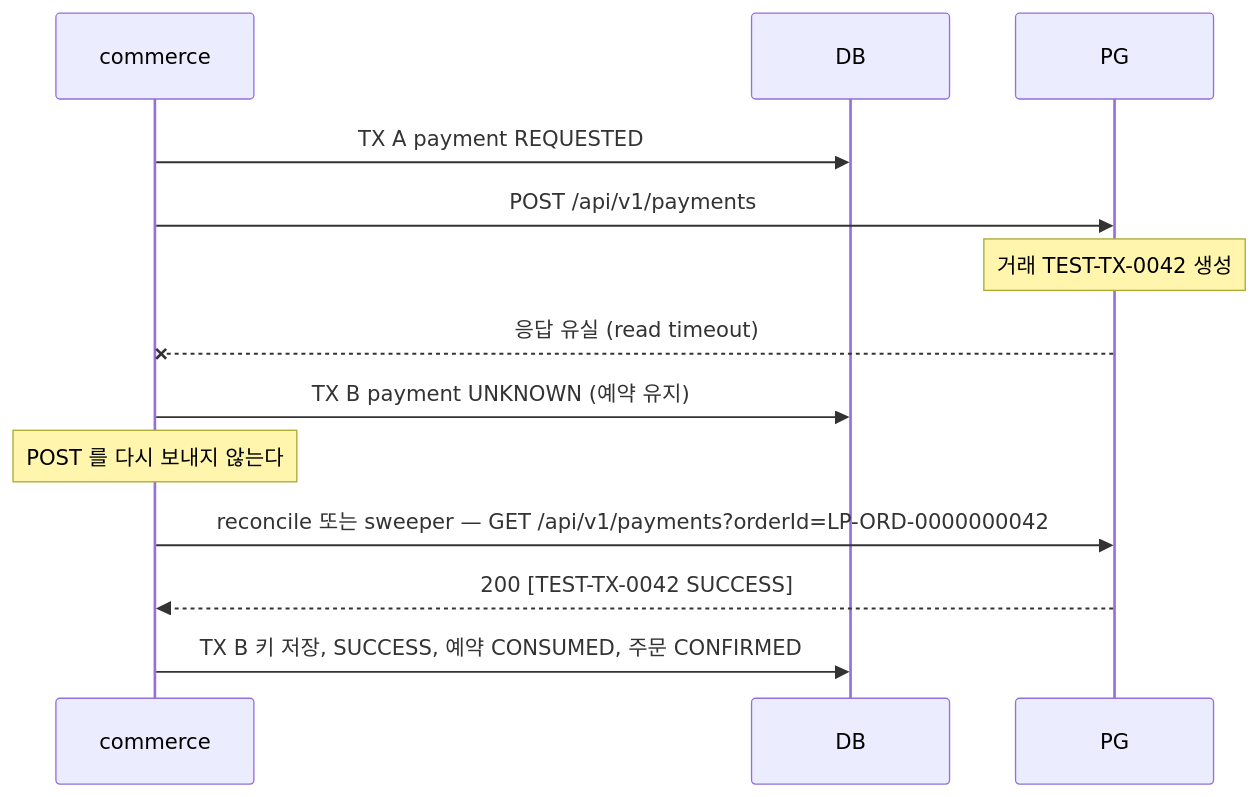
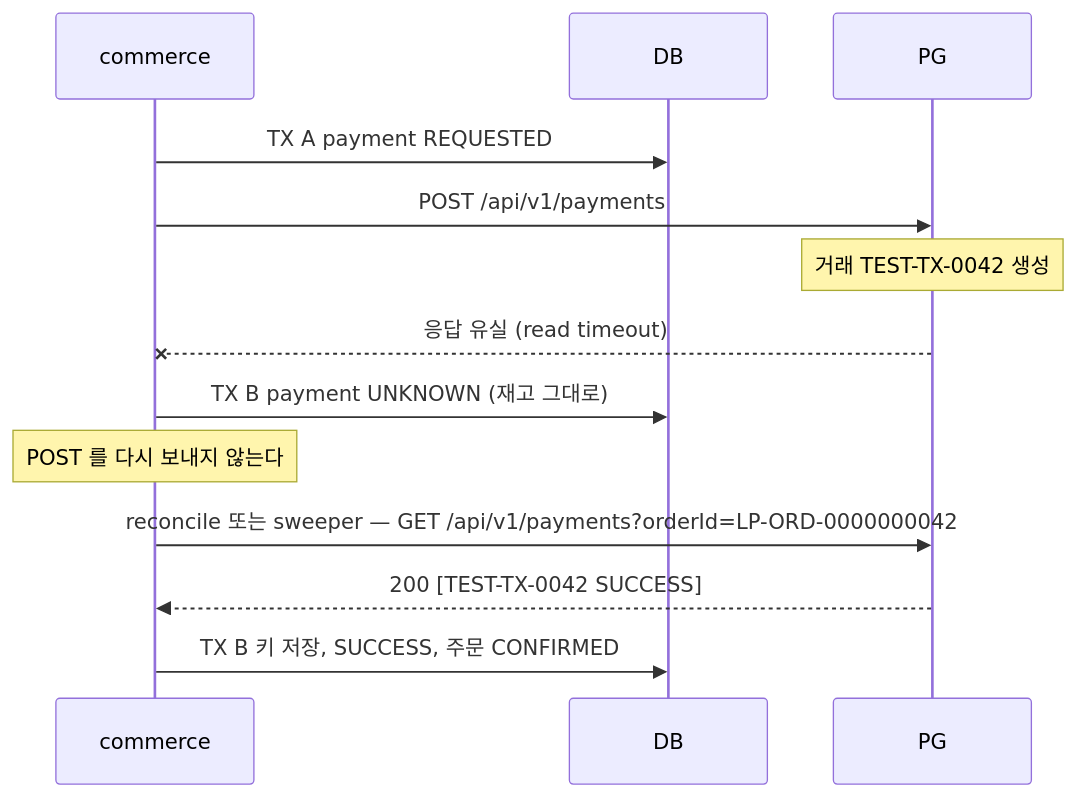
Before and after one commit to loopers-labs/loop-pack-be-l2-vol5-java: the fourth of 8 diagrams in docs/week5/design.md, drawn with Mermaid. The commit also changed other lines of this file and 1 other file, not shown here.

Commit message:
docs: 재고 예약을 테이블로 두지 않는다 — 수량은 order_item, 상태는 payment.status 가 이미 담는다

````diff
--- a/docs/week5/design.md
+++ b/docs/week5/design.md
@@ -295,15 +309,15 @@
 ```mermaid
 sequenceDiagram
     participant A as commerce
     participant DB
     participant PG
     A->>DB: TX A payment REQUESTED
     A->>PG: POST /api/v1/payments
     Note over PG: 거래 TEST-TX-0042 생성
     PG--xA: 응답 유실 (read timeout)
-    A->>DB: TX B payment UNKNOWN (예약 유지)
+    A->>DB: TX B payment UNKNOWN (재고 그대로)
     Note over A: POST 를 다시 보내지 않는다
     A->>PG: reconcile 또는 sweeper — GET /api/v1/payments?orderId=LP-ORD-0000000042
     PG-->>A: 200 [TEST-TX-0042 SUCCESS]
-    A->>DB: TX B 키 저장, SUCCESS, 예약 CONSUMED, 주문 CONFIRMED
+    A->>DB: TX B 키 저장, SUCCESS, 주문 CONFIRMED
 ```
````
